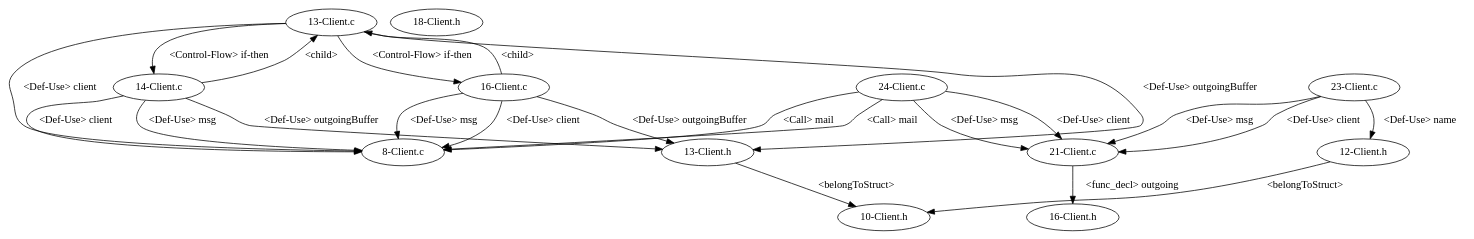
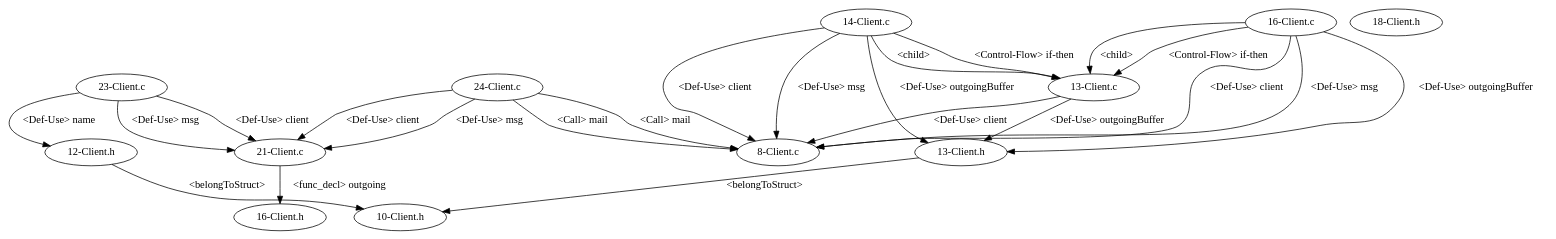
The diagram in testcpp/dependencyGraph/EmailSystem/test_11/graph.gv (shuiblue/JDimeForCpp), drawn with Graphviz before and after one commit. The commit also changed 10 other files, not shown here.

```diff
--- a/testcpp/dependencyGraph/EmailSystem/test_11/graph.gv
+++ b/testcpp/dependencyGraph/EmailSystem/test_11/graph.gv
@@ -1,36 +1,36 @@
 digraph {
 1 [label = "8-Client.c"];
 2 [label = "13-Client.c"];
 2 -> 1[label="<Def-Use> client"];
 3 [label = "14-Client.c"];
 3 -> 1[label="<Def-Use> client"];
 3 -> 1[label="<Def-Use> msg"];
 3 -> 2[label="<child>"];
 4 [label = "16-Client.c"];
 4 -> 1[label="<Def-Use> client"];
 4 -> 2[label="<child>"];
 4 -> 1[label="<Def-Use> msg"];
-2 -> 3[label="<Control-Flow> if-then"];
-2 -> 4[label="<Control-Flow> if-then"];
+3 -> 2[label="<Control-Flow> if-then"];
+4 -> 2[label="<Control-Flow> if-then"];
 5 [label = "21-Client.c"];
 6 [label = "23-Client.c"];
 6 -> 5[label="<Def-Use> msg"];
 6 -> 5[label="<Def-Use> client"];
 7 [label = "24-Client.c"];
 7 -> 1[label="<Call> mail"];
 7 -> 5[label="<Def-Use> client"];
 7 -> 5[label="<Def-Use> msg"];
 8 [label = "10-Client.h"];
 9 [label = "12-Client.h"];
 10 [label = "13-Client.h"];
 9 -> 8[label="<belongToStruct>"];
 10 -> 8[label="<belongToStruct>"];
 11 [label = "16-Client.h"];
 12 [label = "18-Client.h"];
+7 -> 1[label="<Call> mail"];
+2 -> 10[label="<Def-Use> outgoingBuffer"];
 6 -> 9[label="<Def-Use> name"];
 3 -> 10[label="<Def-Use> outgoingBuffer"];
 4 -> 10[label="<Def-Use> outgoingBuffer"];
-7 -> 1[label="<Call> mail"];
-2 -> 10[label="<Def-Use> outgoingBuffer"];
 5 -> 11[label="<func_decl> outgoing"];
 }
```
